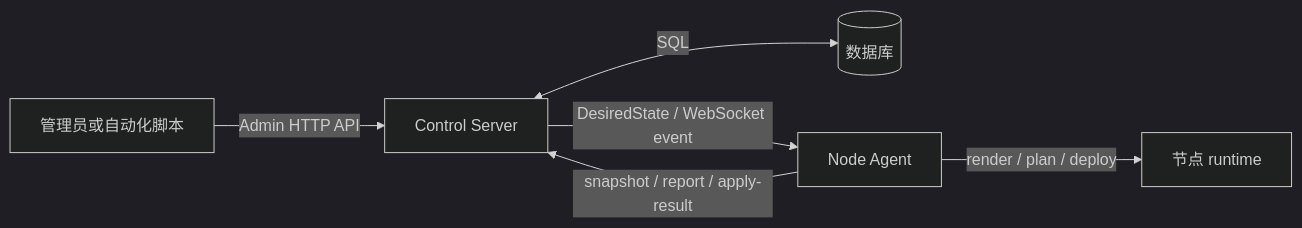
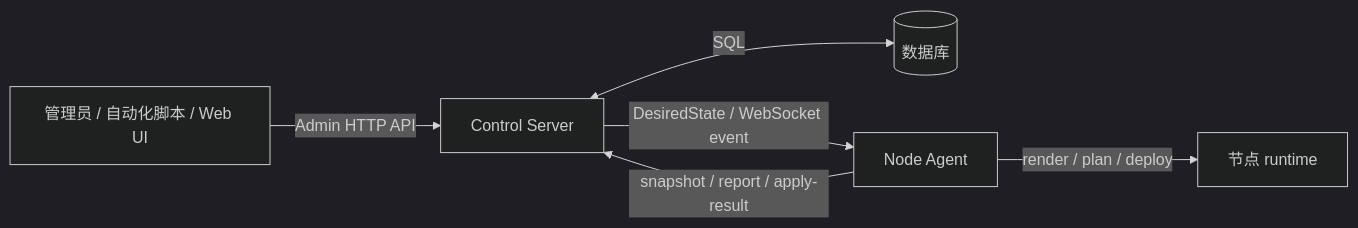
Before and after one commit to chidakiko/dn42-control-backend: the first of 2 diagrams in README.md, drawn with Mermaid (dark theme). The commit also changed other lines of this file and 21 other files, not shown here.

First line of the commit message:
docs(web-ui): 重新生成 Web UI 配图 + 截图数据注入逻辑，补全组件文档

````diff
--- a/README.md
+++ b/README.md
@@ -18,14 +18,14 @@
 ```mermaid
 flowchart LR
-    operator[管理员或自动化脚本]
+    operator[管理员 / 自动化脚本 / Web UI]
     server[Control Server]
     db[(数据库)]
     agent[Node Agent]
     runtime[节点 runtime]
 
     operator -->|Admin HTTP API| server
     server <-->|SQL| db
     server -->|DesiredState / WebSocket event| agent
     agent -->|render / plan / deploy| runtime
     agent -->|snapshot / report / apply-result| server
 ```
````
